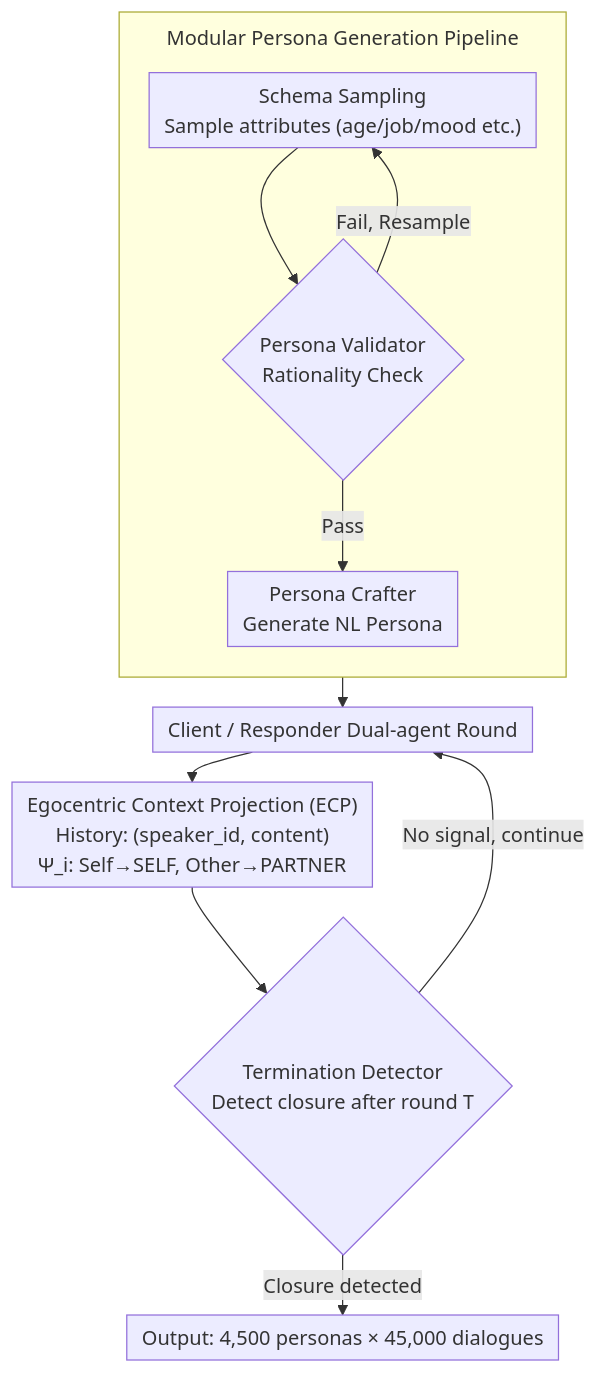
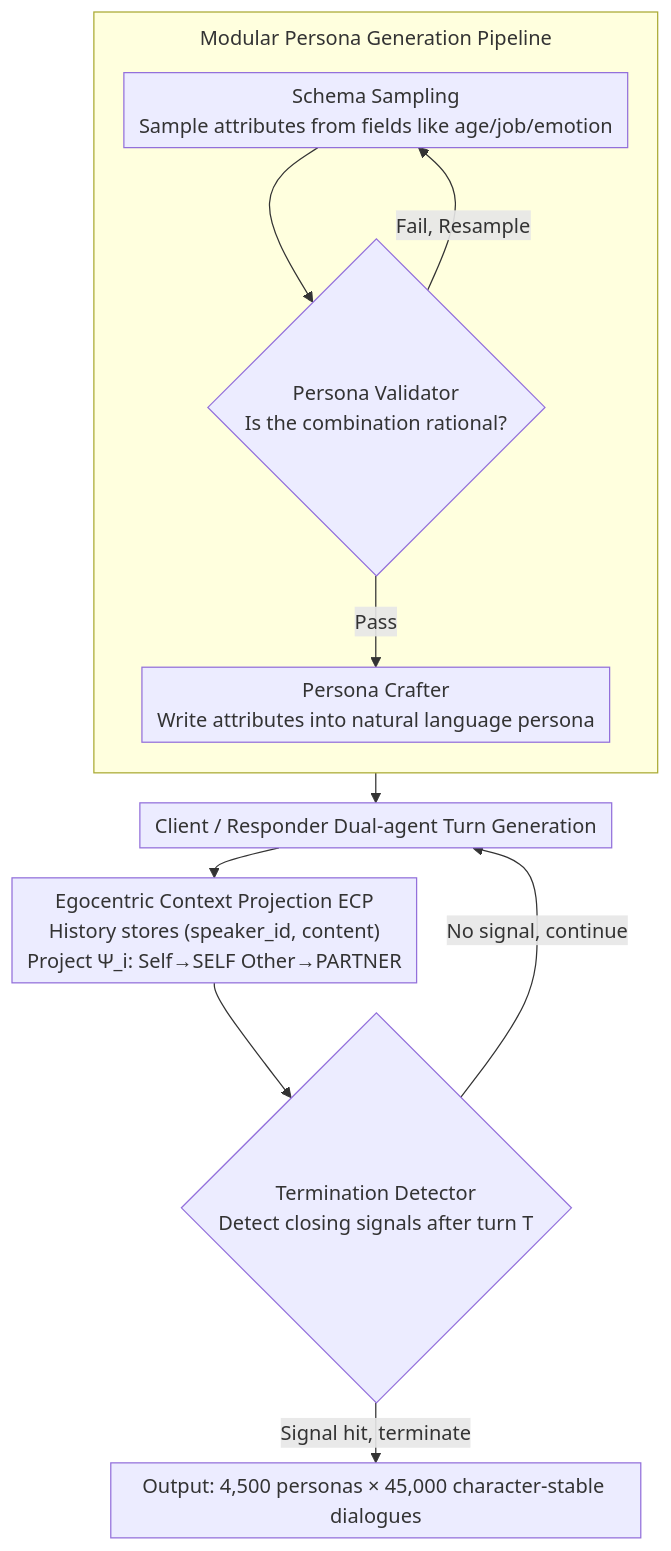
Before and after one commit to zhaoyang97/Paper-Notes-en: the diagram in docs/ACL2026/dialogue/spasm_stable_persona-driven_agent_simulation_for_multi-turn_dialogue_generation.md, drawn with Mermaid. The commit also changed other lines of this file and 5084 other files, not shown here.

````diff
--- a/docs/ACL2026/dialogue/spasm_stable_persona-driven_agent_simulation_for_multi-turn_dialogue_generation.md
+++ b/docs/ACL2026/dialogue/spasm_stable_persona-driven_agent_simulation_for_multi-turn_dialogue_generation.md
@@ -44,15 +44,15 @@
 ```mermaid
 %%{init: {'flowchart': {'rankSpacing': 24, 'nodeSpacing': 28, 'padding': 6, 'wrappingWidth': 400, 'subGraphTitleMargin': {'top': 8, 'bottom': 16}}}}%%
 flowchart TD
     subgraph PG["Modular Persona Generation Pipeline"]
         direction TB
-        A["Schema Sampling<br/>Sample attributes (age/job/mood etc.)"] --> B{"Persona Validator<br/>Rationality Check"}
+        A["Schema Sampling<br/>Sample attributes from fields like age/job/emotion"] --> B{"Persona Validator<br/>Is the combination rational?"}
         B -->|Fail, Resample| A
-        B -->|Pass| C["Persona Crafter<br/>Generate NL Persona"]
+        B -->|Pass| C["Persona Crafter<br/>Write attributes into natural language persona"]
     end
-    C --> D["Client / Responder Dual-agent Round"]
-    D --> E["Egocentric Context Projection (ECP)<br/>History: (speaker_id, content)<br/>Ψ_i: Self→SELF, Other→PARTNER"]
-    E --> F{"Termination Detector<br/>Detect closure after round T"}
+    C --> D["Client / Responder Dual-agent Turn Generation"]
+    D --> E["Egocentric Context Projection ECP<br/>History stores (speaker_id, content)<br/>Project Ψ_i: Self→SELF Other→PARTNER"]
+    E --> F{"Termination Detector<br/>Detect closing signals after turn T"}
     F -->|No signal, continue| D
-    F -->|Closure detected| G["Output: 4,500 personas × 45,000 dialogues"]
+    F -->|Signal hit, terminate| G["Output: 4,500 personas × 45,000 character-stable dialogues"]
 ```
````
